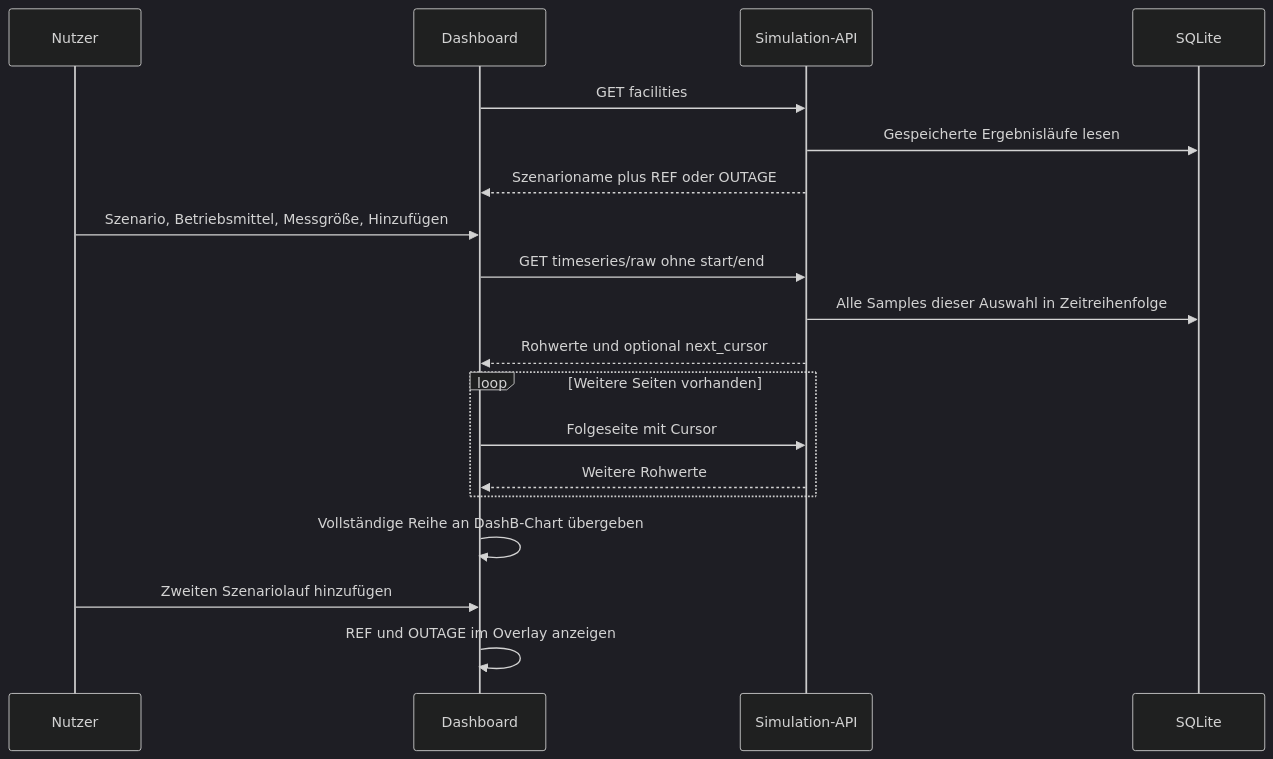
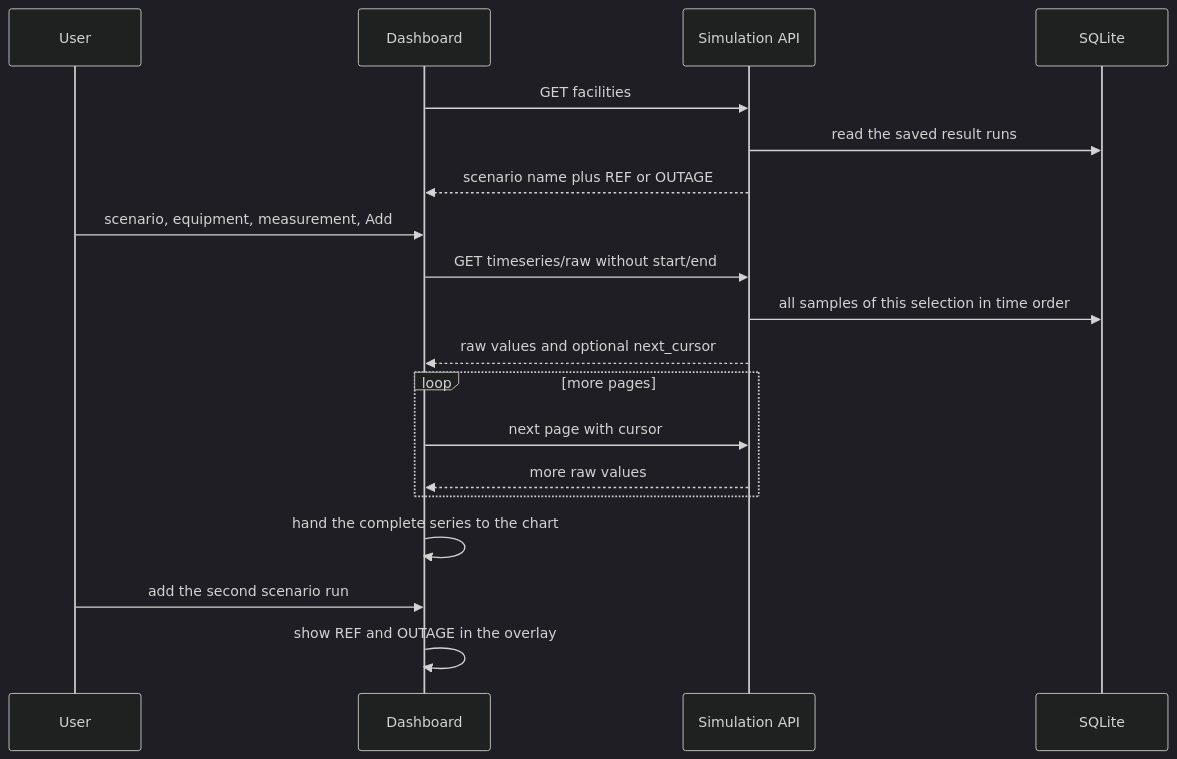
The sixth of 11 diagrams in BIG_PICTURE.md (hadiibrahim-Engin/nahriva-grid-analysis), drawn with Mermaid (dark theme) before and after one commit. The commit also changed other lines of this file and 186 other files, not shown here.

````diff
--- a/BIG_PICTURE.md
+++ b/BIG_PICTURE.md
@@ -234,21 +218,21 @@
 ```mermaid
 sequenceDiagram
-    participant User as Nutzer
+    participant User as User
     participant UI as Dashboard
-    participant API as Simulation-API
+    participant API as Simulation API
     participant DB as SQLite
     UI->>API: GET facilities
-    API->>DB: Gespeicherte Ergebnisläufe lesen
-    API-->>UI: Szenarioname plus REF oder OUTAGE
-    User->>UI: Szenario, Betriebsmittel, Messgröße, Hinzufügen
-    UI->>API: GET timeseries/raw ohne start/end
-    API->>DB: Alle Samples dieser Auswahl in Zeitreihenfolge
-    API-->>UI: Rohwerte und optional next_cursor
-    loop Weitere Seiten vorhanden
-        UI->>API: Folgeseite mit Cursor
-        API-->>UI: Weitere Rohwerte
+    API->>DB: read the saved result runs
+    API-->>UI: scenario name plus REF or OUTAGE
+    User->>UI: scenario, equipment, measurement, Add
+    UI->>API: GET timeseries/raw without start/end
+    API->>DB: all samples of this selection in time order
+    API-->>UI: raw values and optional next_cursor
+    loop more pages
+        UI->>API: next page with cursor
+        API-->>UI: more raw values
     end
-    UI->>UI: Vollständige Reihe an DashB-Chart übergeben
-    User->>UI: Zweiten Szenariolauf hinzufügen
-    UI->>UI: REF und OUTAGE im Overlay anzeigen
+    UI->>UI: hand the complete series to the chart
+    User->>UI: add the second scenario run
+    UI->>UI: show REF and OUTAGE in the overlay
 ```
````
